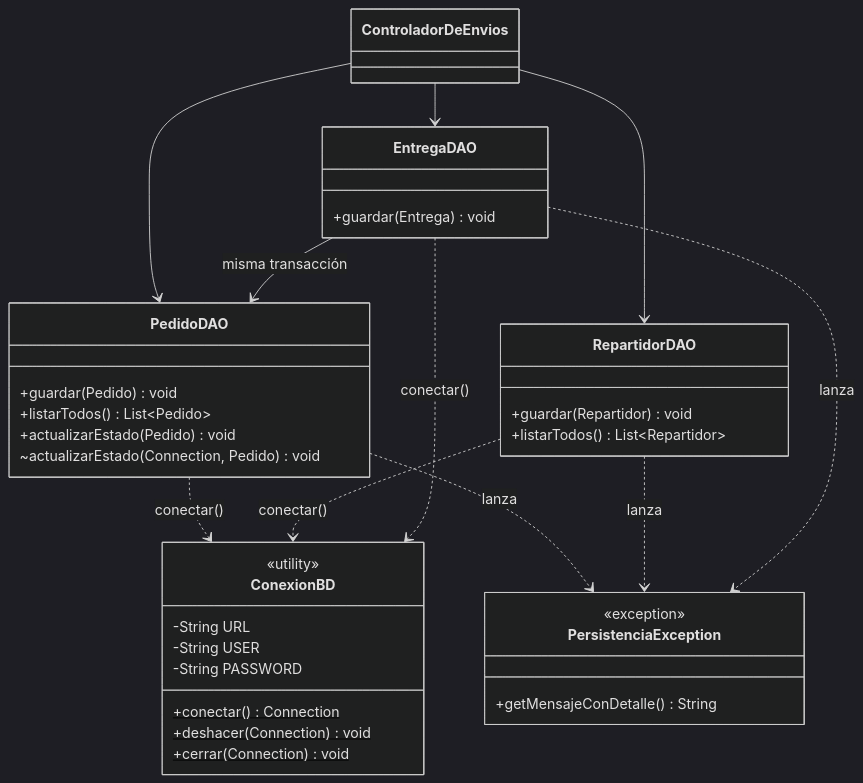
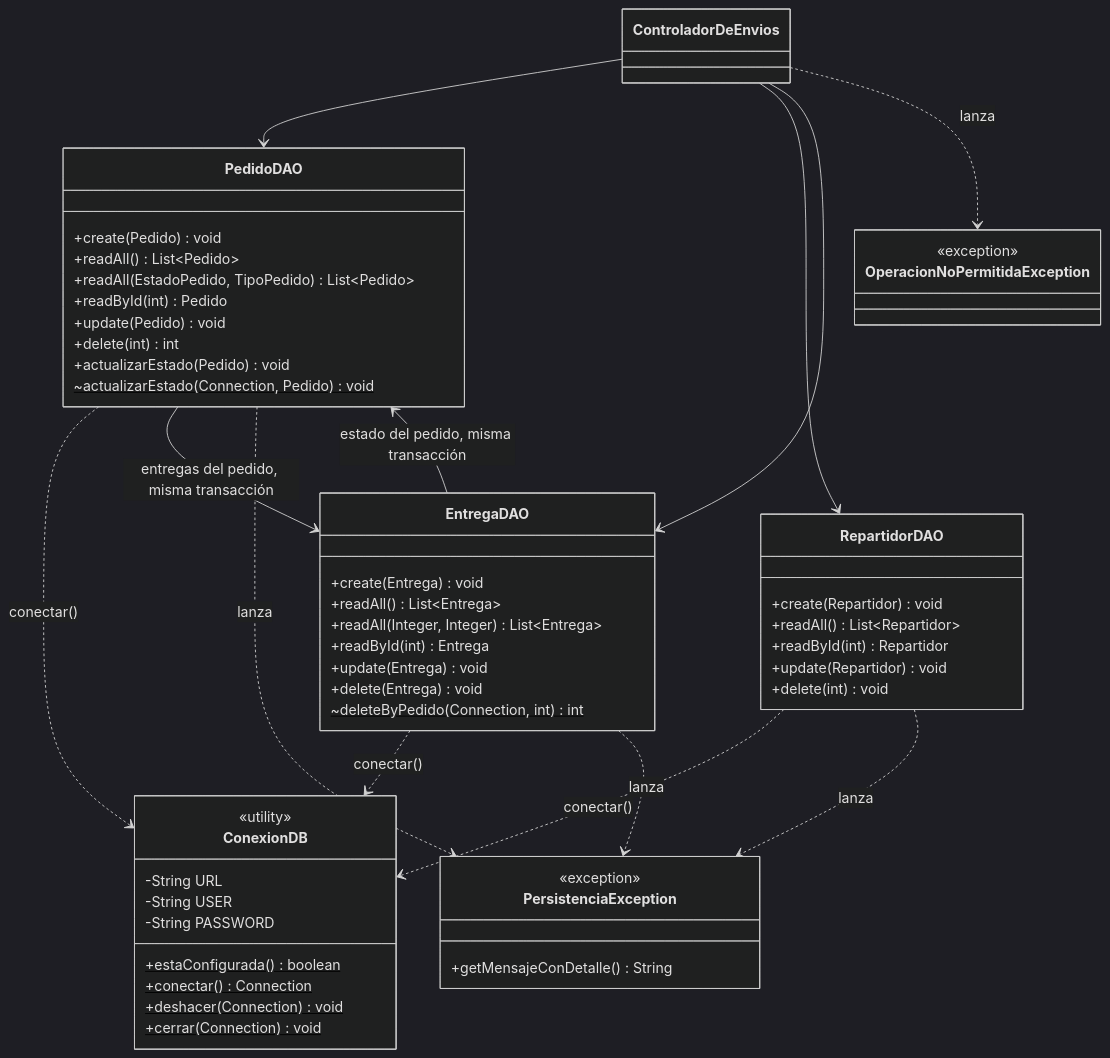
The third of 4 diagrams in README.md (sara-rioseco/speedfast), drawn with Mermaid (dark theme) before and after one commit. The commit also changed other lines of this file and 29 other files, not shown here.

````diff
--- a/README.md
+++ b/README.md
@@ -317,40 +376,59 @@
 ```mermaid
 classDiagram
-    class ConexionBD {
+    class ConexionDB {
         <<utility>>
         -String URL
         -String USER
         -String PASSWORD
+        +estaConfigurada()$ boolean
         +conectar()$ Connection
         +deshacer(Connection)$ void
         +cerrar(Connection)$ void
     }
     class PedidoDAO {
-        +guardar(Pedido) void
-        +listarTodos() List~Pedido~
+        +create(Pedido) void
+        +readAll() List~Pedido~
+        +readAll(EstadoPedido, TipoPedido) List~Pedido~
+        +readById(int) Pedido
+        +update(Pedido) void
+        +delete(int) int
         +actualizarEstado(Pedido) void
-        ~actualizarEstado(Connection, Pedido) void
+        ~actualizarEstado(Connection, Pedido)$ void
     }
     class RepartidorDAO {
-        +guardar(Repartidor) void
-        +listarTodos() List~Repartidor~
+        +create(Repartidor) void
+        +readAll() List~Repartidor~
+        +readById(int) Repartidor
+        +update(Repartidor) void
+        +delete(int) void
     }
     class EntregaDAO {
-        +guardar(Entrega) void
+        +create(Entrega) void
+        +readAll() List~Entrega~
+        +readAll(Integer, Integer) List~Entrega~
+        +readById(int) Entrega
+        +update(Entrega) void
+        +delete(Entrega) void
+        ~deleteByPedido(Connection, int)$ int
     }
     class PersistenciaException {
         <<exception>>
         +getMensajeConDetalle() String
     }
+    class OperacionNoPermitidaException {
+        <<exception>>
+    }
 
     ControladorDeEnvios --> PedidoDAO
     ControladorDeEnvios --> RepartidorDAO
     ControladorDeEnvios --> EntregaDAO
-    PedidoDAO ..> ConexionBD : conectar()
-    RepartidorDAO ..> ConexionBD : conectar()
-    EntregaDAO ..> ConexionBD : conectar()
-    EntregaDAO --> PedidoDAO : misma transacción
+    ControladorDeEnvios ..> OperacionNoPermitidaException : lanza
+    PedidoDAO ..> ConexionDB : conectar()
+    RepartidorDAO ..> ConexionDB : conectar()
+    EntregaDAO ..> ConexionDB : conectar()
+    EntregaDAO --> PedidoDAO : estado del pedido, misma transacción
+    PedidoDAO --> EntregaDAO : entregas del pedido, misma transacción
     PedidoDAO ..> PersistenciaException : lanza
     RepartidorDAO ..> PersistenciaException : lanza
     EntregaDAO ..> PersistenciaException : lanza
 ```
````
